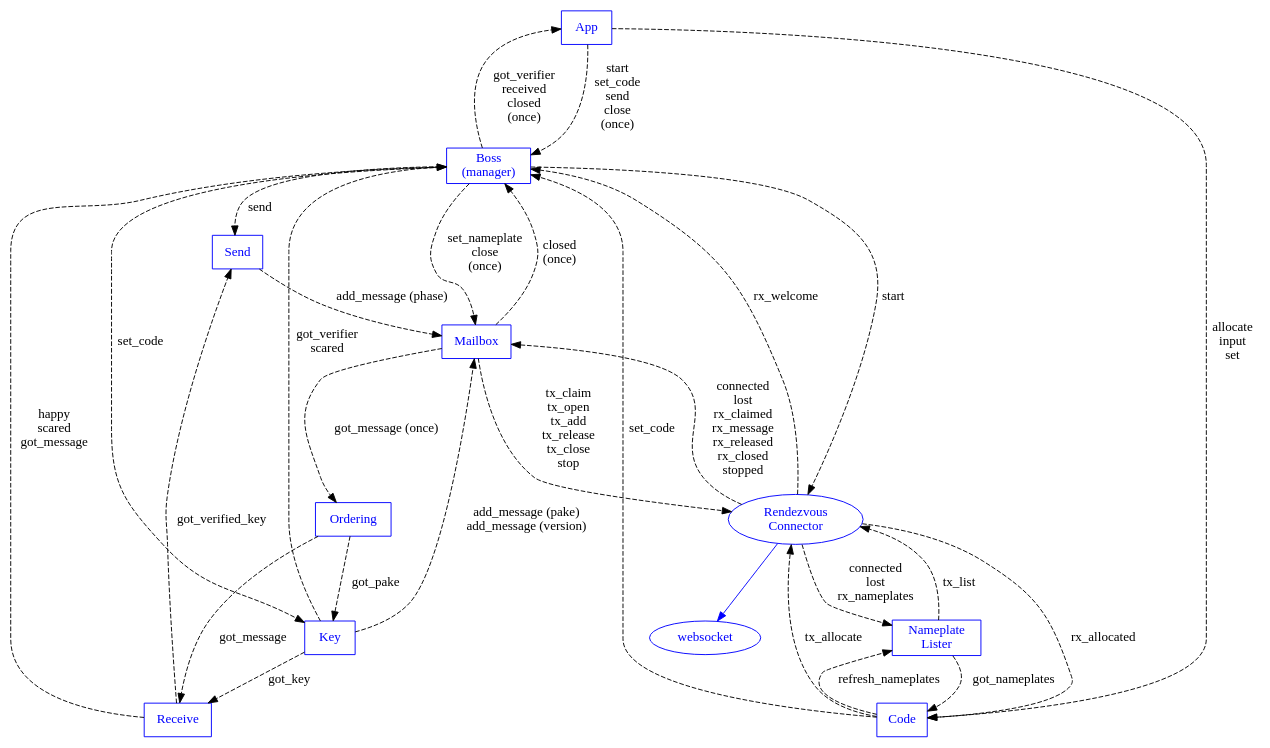
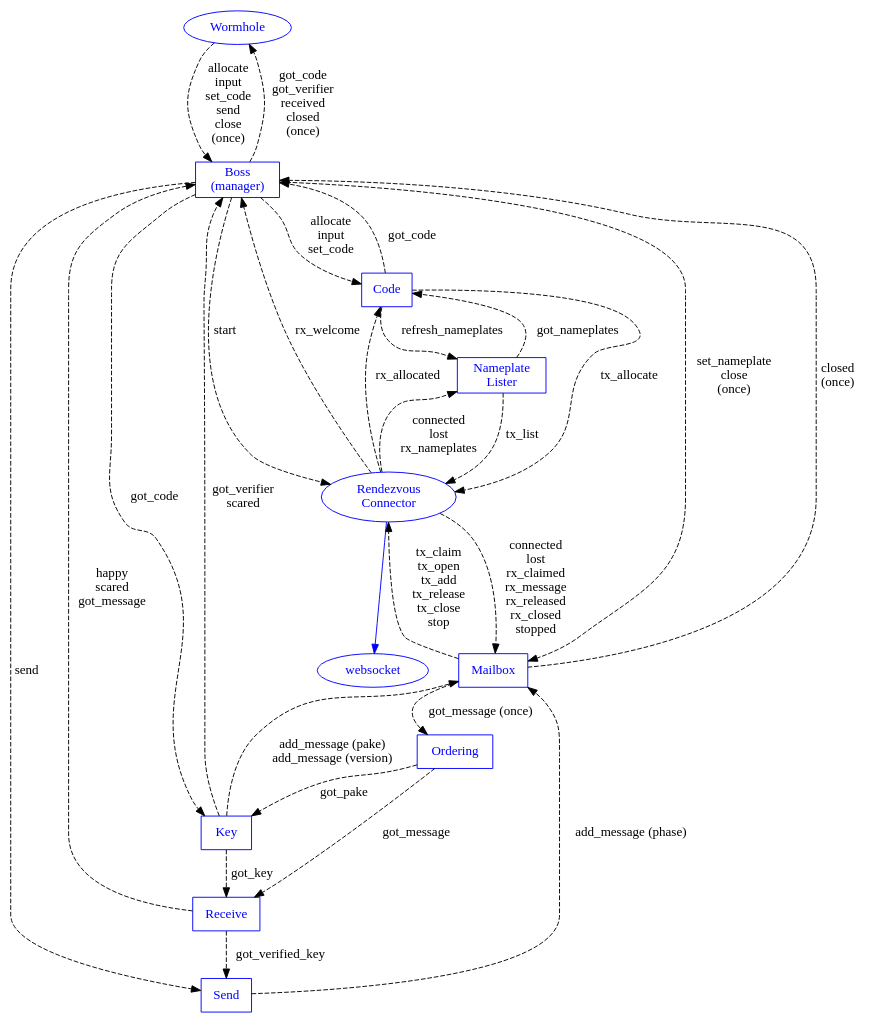
The diagram in docs/machines.dot (magic-wormhole/magic-wormhole), drawn with Graphviz before and after one commit. The commit also changed 12 other files, not shown here.

```diff
--- a/docs/machines.dot
+++ b/docs/machines.dot
@@ -1,82 +1,82 @@
 digraph {
-        App [shape="box" color="blue" fontcolor="blue"]
+        Wormhole [shape="oval" color="blue" fontcolor="blue"]
         Boss [shape="box" label="Boss\n(manager)"
                   color="blue" fontcolor="blue"]
         Mailbox [shape="box" color="blue" fontcolor="blue"]
         Connection [label="Rendezvous\nConnector"
                     shape="oval" color="blue" fontcolor="blue"]
         websocket [color="blue" fontcolor="blue"]
         Order [shape="box" label="Ordering" color="blue" fontcolor="blue"]
         Key [shape="box" label="Key" color="blue" fontcolor="blue"]
         Send [shape="box" label="Send" color="blue" fontcolor="blue"]
         Receive [shape="box" label="Receive" color="blue" fontcolor="blue"]
         Code [shape="box" label="Code" color="blue" fontcolor="blue"]
         Nameplates [shape="box" label="Nameplate\nLister"
                     color="blue" fontcolor="blue"
                     ]
 
         Connection -> websocket [color="blue"]
         #Connection -> Order [color="blue"]
 
-        App -> Boss [style="dashed" label="start\nset_code\nsend\nclose\n(once)"]
-        #App -> Boss [color="blue"]
-        Boss -> App [style="dashed" label="got_verifier\nreceived\nclosed\n(once)"]
+        Wormhole -> Boss [style="dashed" label="allocate\ninput\nset_code\nsend\nclose\n(once)"]
+        #Wormhole -> Boss [color="blue"]
+        Boss -> Wormhole [style="dashed" label="got_code\ngot_verifier\nreceived\nclosed\n(once)"]
 
         #Boss -> Connection [color="blue"]
         Boss -> Connection [style="dashed" label="start"]
         Connection -> Boss [style="dashed" label="rx_welcome"]
 
         Boss -> Send [style="dashed" label="send"]
 
         Boss -> Mailbox [style="dashed"
                              label="set_nameplate\nclose\n(once)"
                              ]
         #Boss -> Mailbox [color="blue"]
         Mailbox -> Boss [style="dashed" label="closed\n(once)"]
         Mailbox -> Order [style="dashed" label="got_message (once)"]
-        Boss -> Key [style="dashed" label="set_code"]
+        Boss -> Key [style="dashed" label="got_code"]
         Key -> Boss [style="dashed" label="got_verifier\nscared"]
         Order -> Key [style="dashed" label="got_pake"]
         Order -> Receive [style="dashed" label="got_message"]
         #Boss -> Key [color="blue"]
         Key -> Mailbox [style="dashed" label="add_message (pake)\nadd_message (version)"]
         Receive -> Send [style="dashed" label="got_verified_key"]
         Send -> Mailbox [style="dashed" label="add_message (phase)"]
 
         Key -> Receive [style="dashed" label="got_key"]
         Receive -> Boss [style="dashed"
                              label="happy\nscared\ngot_message"]
 
         Mailbox -> Connection [style="dashed"
                                label="tx_claim\ntx_open\ntx_add\ntx_release\ntx_close\nstop"
                                ]
         Connection -> Mailbox [style="dashed"
                                label="connected\nlost\nrx_claimed\nrx_message\nrx_released\nrx_closed\nstopped"]
 
         Connection -> Nameplates [style="dashed"
                                   label="connected\nlost\nrx_nameplates"
                                   ]
         Nameplates -> Connection [style="dashed"
                                   label="tx_list"
                                   ]
 
         #Boss -> Code [color="blue"]
         Code -> Connection [style="dashed"
                             label="tx_allocate"
                             ]
         Connection -> Code [style="dashed"
                             label="rx_allocated"]
         Nameplates -> Code [style="dashed"
                             label="got_nameplates"
                             ]
         #Code -> Nameplates [color="blue"]
         Code -> Nameplates [style="dashed"
                             label="refresh_nameplates"
                             ]
+        Boss -> Code [style="dashed"
+                      label="allocate\ninput\nset_code"]
         Code -> Boss [style="dashed"
-                          label="set_code"]
-        App -> Code [style="dashed"
-                     label="allocate\ninput\nset"]
+                      label="got_code"]
 
 
 }
```
